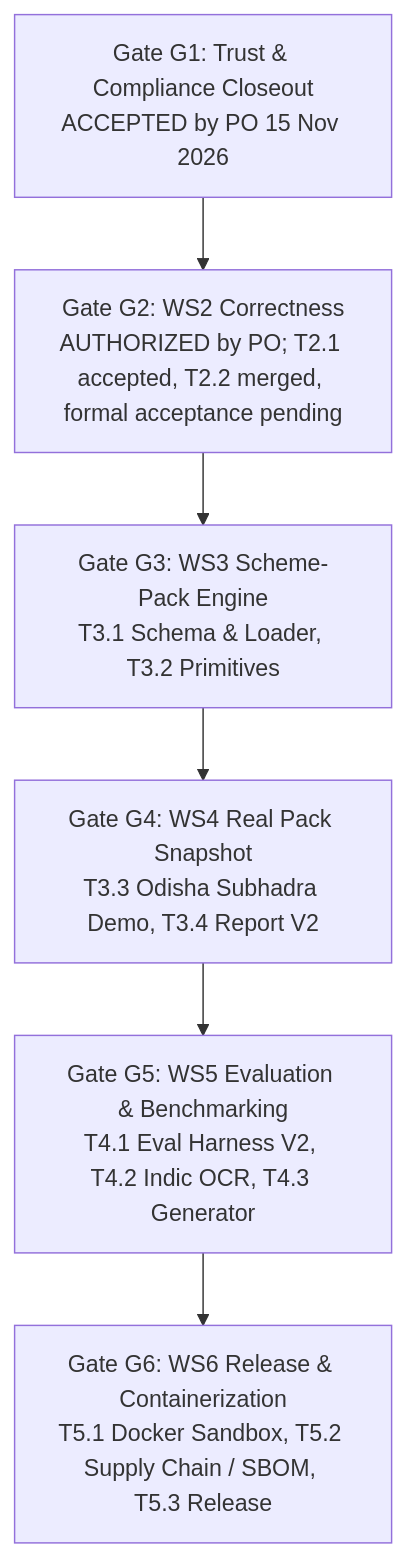
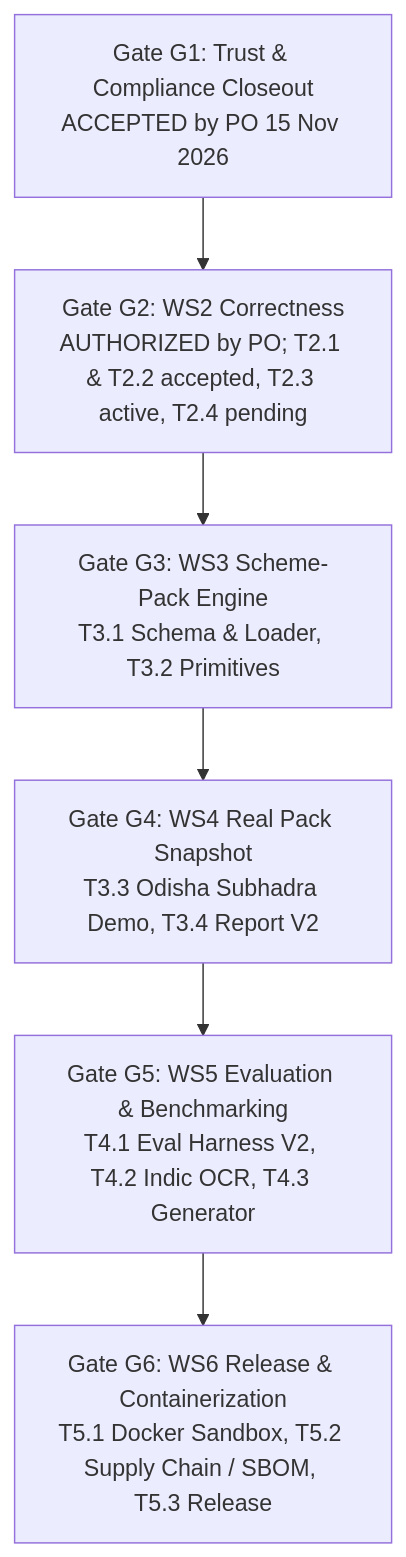
One commit to Algoryxz/DocuReady changed the diagram in docs/QUALITY_GAP_ANALYSIS.md. Above: the diagram before and after it, drawn with Mermaid. The commit also changed other lines of this file and 2 other files, not shown here.

Commit message:
docs(governance): record formal T2.2 acceptance and T2.3 kickoff authorization

````diff
--- a/docs/QUALITY_GAP_ANALYSIS.md
+++ b/docs/QUALITY_GAP_ANALYSIS.md
@@ -95,8 +95,8 @@
 ```mermaid
 flowchart TD
-    G1["Gate G1: Trust & Compliance Closeout\nACCEPTED by PO 15 Nov 2026"] --> G2["Gate G2: WS2 Correctness\nAUTHORIZED by PO; T2.1 accepted, T2.2 merged, formal acceptance pending"]
+    G1["Gate G1: Trust & Compliance Closeout\nACCEPTED by PO 15 Nov 2026"] --> G2["Gate G2: WS2 Correctness\nAUTHORIZED by PO; T2.1 & T2.2 accepted, T2.3 active, T2.4 pending"]
     G2 --> G3[Gate G3: WS3 Scheme-Pack Engine\nT3.1 Schema & Loader, T3.2 Primitives]
     G3 --> G4[Gate G4: WS4 Real Pack Snapshot\nT3.3 Odisha Subhadra Demo, T3.4 Report V2]
     G4 --> G5[Gate G5: WS5 Evaluation & Benchmarking\nT4.1 Eval Harness V2, T4.2 Indic OCR, T4.3 Generator]
     G5 --> G6[Gate G6: WS6 Release & Containerization\nT5.1 Docker Sandbox, T5.2 Supply Chain / SBOM, T5.3 Release]
 ```
````
